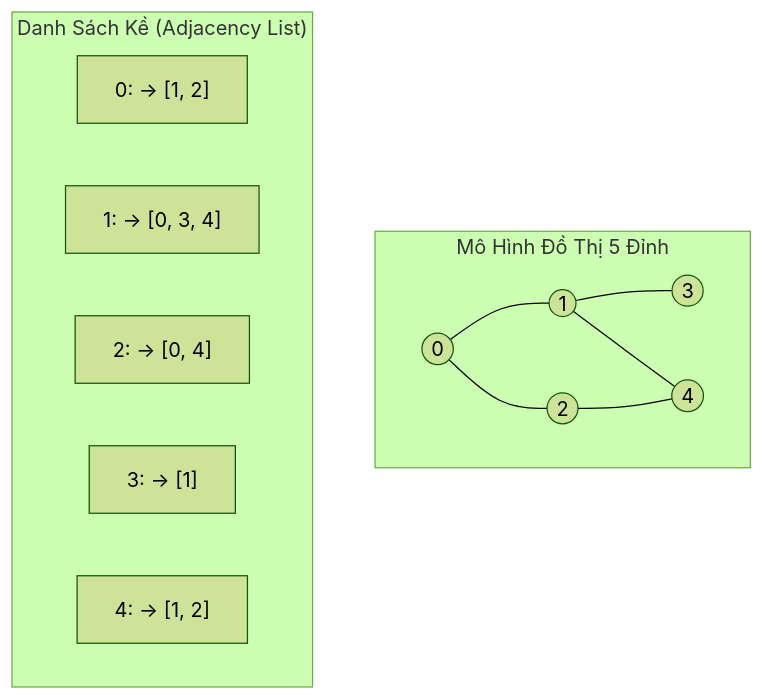
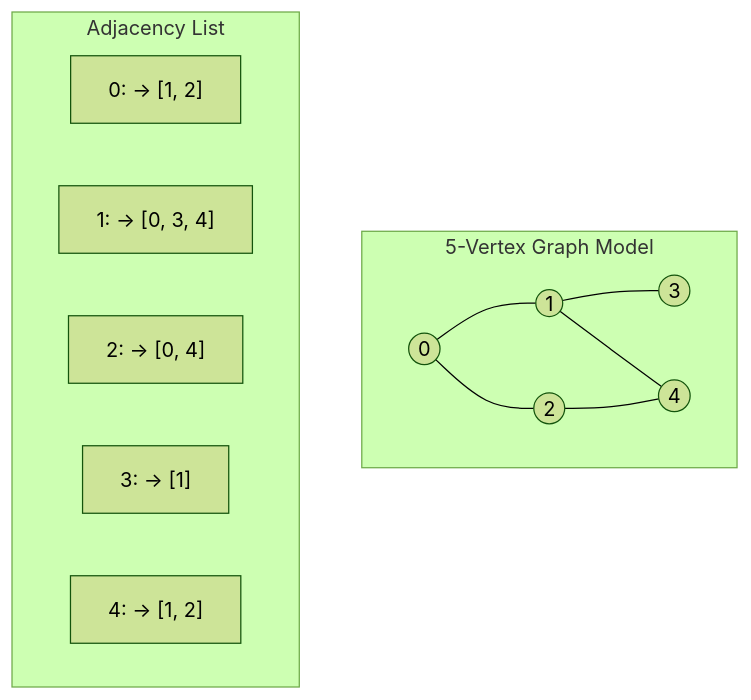
One commit to ga2631/ga2631.github.io changed the diagram in src/data/blog/en/54-2026-06-18-data-structure-graph-representations-bfs-dfs-cpp.md. Above: the diagram before and after it, drawn with Mermaid (forest theme). The commit also changed other lines of this file and 74 other files, not shown here.

````diff
--- a/src/data/blog/en/54-2026-06-18-data-structure-graph-representations-bfs-dfs-cpp.md
+++ b/src/data/blog/en/54-2026-06-18-data-structure-graph-representations-bfs-dfs-cpp.md
@@ -64,18 +64,18 @@
 ```mermaid
 flowchart TD
-    subgraph GraphTopology ["Mô Hình Đồ Thị 5 Đỉnh"]
+    subgraph GraphTopology ["5-Vertex Graph Model"]
         N0((0)) --- N1((1))
         N0 --- N2((2))
         N1 --- N3((3))
         N1 --- N4((4))
         N2 --- N4((4))
     end
 
-    subgraph AdjacencyList ["Danh Sách Kề (Adjacency List)"]
+    subgraph AdjacencyList ["Adjacency List"]
         L0["0: -> [1, 2]"]
         L1["1: -> [0, 3, 4]"]
         L2["2: -> [0, 4]"]
         L3["3: -> [1]"]
         L4["4: -> [1, 2]"]
     end
 ```
````
